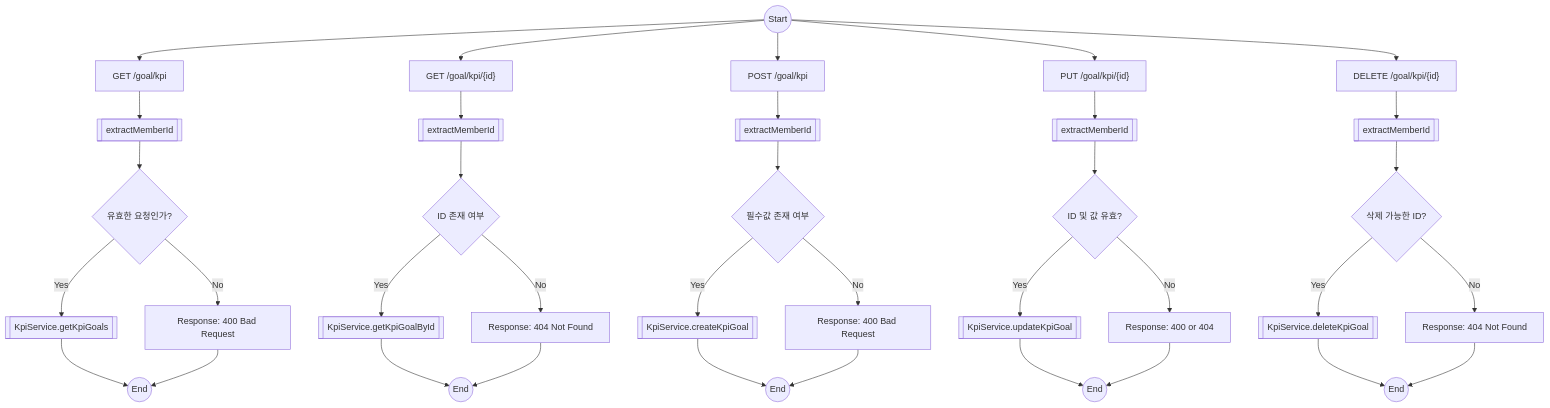
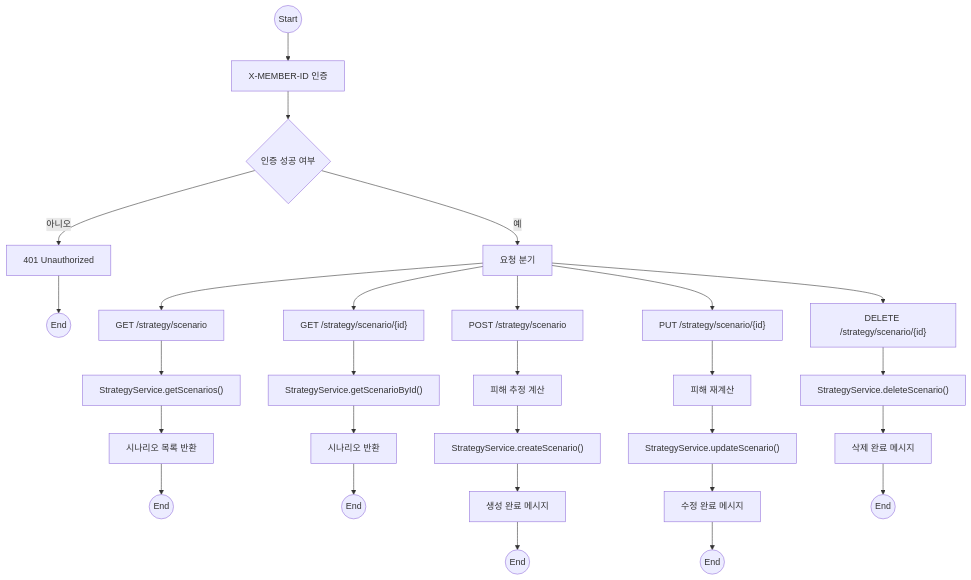
One commit to NextSpringMysqlMSA/tcfd-service changed the seventh of 8 diagrams in README.md. Above: the diagram before and after it, drawn with Mermaid. The commit also changed other lines of this file, not shown here.

Commit message:
refactor: flowchart 수정

````diff
--- a/README.md
+++ b/README.md
@@ -164,49 +232,42 @@
 ```mermaid
 flowchart TD
-    start((Start))
 
-%% KPI 전체 조회
-    start --> getAllKpi["GET /goal/kpi"]
-    getAllKpi --> extract1[[extractMemberId]]
-    extract1 --> isValid1{"유효한 요청인가?"}
-    isValid1 -- Yes --> serviceAll[[KpiService.getKpiGoals]]
-    isValid1 -- No --> error1["Response: 400 Bad Request"]
-    serviceAll --> end1((End))
-    error1 --> end1
+%% 공통 시작 및 인증
+Start((Start))
+Start --> Auth["X-MEMBER-ID 인증"]
+Auth --> AuthCheck{"인증 성공 여부"}
+AuthCheck -- "아니오" --> Error401["401 Unauthorized"] --> EndError((End))
+AuthCheck -- "예" --> Route["요청 분기"]
 
-%% KPI 단건 조회
-    start --> getOneKpi["GET /goal/kpi/{id}"]
-    getOneKpi --> extract2[[extractMemberId]]
-    extract2 --> isValid2{"ID 존재 여부"}
-    isValid2 -- Yes --> serviceOne[[KpiService.getKpiGoalById]]
-    isValid2 -- No --> error2["Response: 404 Not Found"]
-    serviceOne --> end2((End))
-    error2 --> end2
+%% 전체 조회
+Route --> ScenarioGetAll["GET /strategy/scenario"]
+ScenarioGetAll --> ServiceGetAll["StrategyService.getScenarios()"]
+ServiceGetAll --> RespGetAll["시나리오 목록 반환"]
+RespGetAll --> End1((End))
 
-%% KPI 생성
-    start --> postKpi["POST /goal/kpi"]
-    postKpi --> extract3[[extractMemberId]]
-    extract3 --> isValid3{"필수값 존재 여부"}
-    isValid3 -- Yes --> servicePost[[KpiService.createKpiGoal]]
-    isValid3 -- No --> error3["Response: 400 Bad Request"]
-    servicePost --> end3((End))
-    error3 --> end3
+%% 단건 조회
+Route --> ScenarioGetOne["GET /strategy/scenario/{id}"]
+ScenarioGetOne --> ServiceGetOne["StrategyService.getScenarioById()"]
+ServiceGetOne --> RespGetOne["시나리오 반환"]
+RespGetOne --> End2((End))
 
-%% KPI 수정
-    start --> putKpi["PUT /goal/kpi/{id}"]
-    putKpi --> extract4[[extractMemberId]]
-    extract4 --> isValid4{"ID 및 값 유효?"}
-    isValid4 -- Yes --> servicePut[[KpiService.updateKpiGoal]]
-    isValid4 -- No --> error4["Response: 400 or 404"]
-    servicePut --> end4((End))
-    error4 --> end4
+%% 생성
+Route --> ScenarioPost["POST /strategy/scenario"]
+ScenarioPost --> EstimateDamage["피해 추정 계산"]
+EstimateDamage --> ServicePost["StrategyService.createScenario()"]
+ServicePost --> RespPost["생성 완료 메시지"]
+RespPost --> End3((End))
 
-%% KPI 삭제
-    start --> deleteKpi["DELETE /goal/kpi/{id}"]
-    deleteKpi --> extract5[[extractMemberId]]
-    extract5 --> isValid5{"삭제 가능한 ID?"}
-    isValid5 -- Yes --> serviceDelete[[KpiService.deleteKpiGoal]]
-    isValid5 -- No --> error5["Response: 404 Not Found"]
-    serviceDelete --> end5((End))
-    error5 --> end5
+%% 수정
+Route --> ScenarioPut["PUT /strategy/scenario/{id}"]
+ScenarioPut --> EstimateUpdate["피해 재계산"]
+EstimateUpdate --> ServicePut["StrategyService.updateScenario()"]
+ServicePut --> RespPut["수정 완료 메시지"]
+RespPut --> End4((End))
+
+%% 삭제
+Route --> ScenarioDelete["DELETE /strategy/scenario/{id}"]
+ScenarioDelete --> ServiceDelete["StrategyService.deleteScenario()"]
+ServiceDelete --> RespDelete["삭제 완료 메시지"]
+RespDelete --> End5((End))
 ```
````
